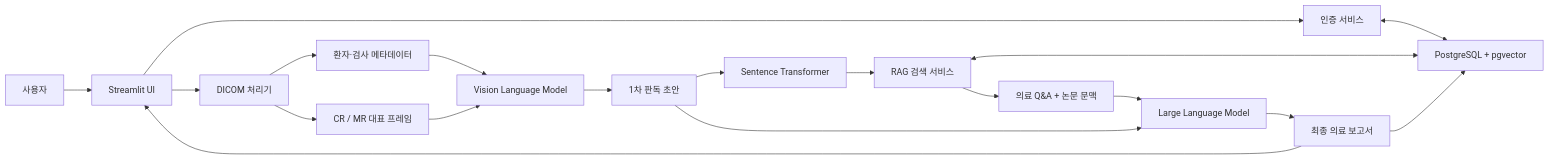
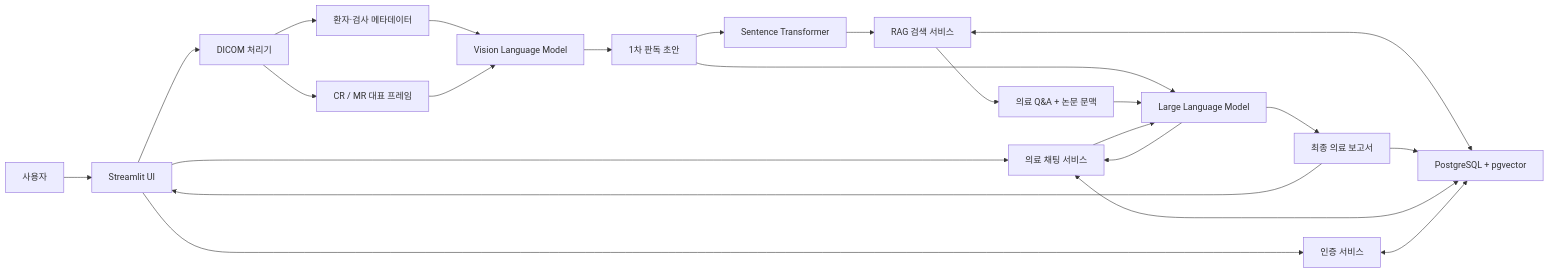
One commit to nataehoon/AIProject changed the first of 4 diagrams in MedicalAI/README.md. Above: the diagram before and after it, drawn with Mermaid. The commit also changed other lines of this file, not shown here.

````diff
--- a/MedicalAI/README.md
+++ b/MedicalAI/README.md
@@ -59,21 +69,25 @@
 ```mermaid
 flowchart LR
     U["사용자"] --> UI["Streamlit UI"]
     UI --> AUTH["인증 서비스"]
+    UI --> CHAT["의료 채팅 서비스"]
     UI --> DICOM["DICOM 처리기"]
     DICOM --> META["환자·검사 메타데이터"]
     DICOM --> FRAME["CR / MR 대표 프레임"]
     META --> VLM["Vision Language Model"]
     FRAME --> VLM
     VLM --> DRAFT["1차 판독 초안"]
     DRAFT --> EMB["Sentence Transformer"]
     EMB --> RAG["RAG 검색 서비스"]
     RAG <--> PG["PostgreSQL + pgvector"]
     RAG --> CONTEXT["의료 Q&A + 논문 문맥"]
     DRAFT --> LLM["Large Language Model"]
     CONTEXT --> LLM
     LLM --> REPORT["최종 의료 보고서"]
     REPORT --> PG
     REPORT --> UI
+    CHAT <--> PG
+    CHAT --> LLM
+    LLM --> CHAT
     AUTH <--> PG
 ```
````
